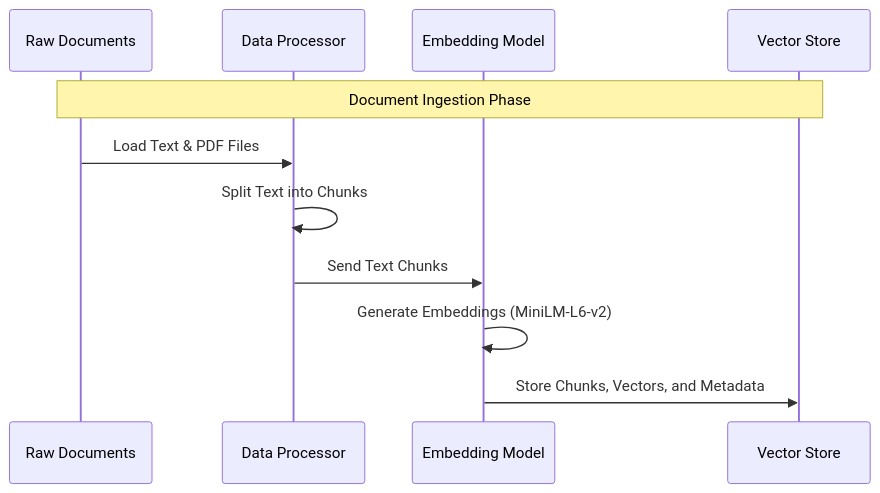
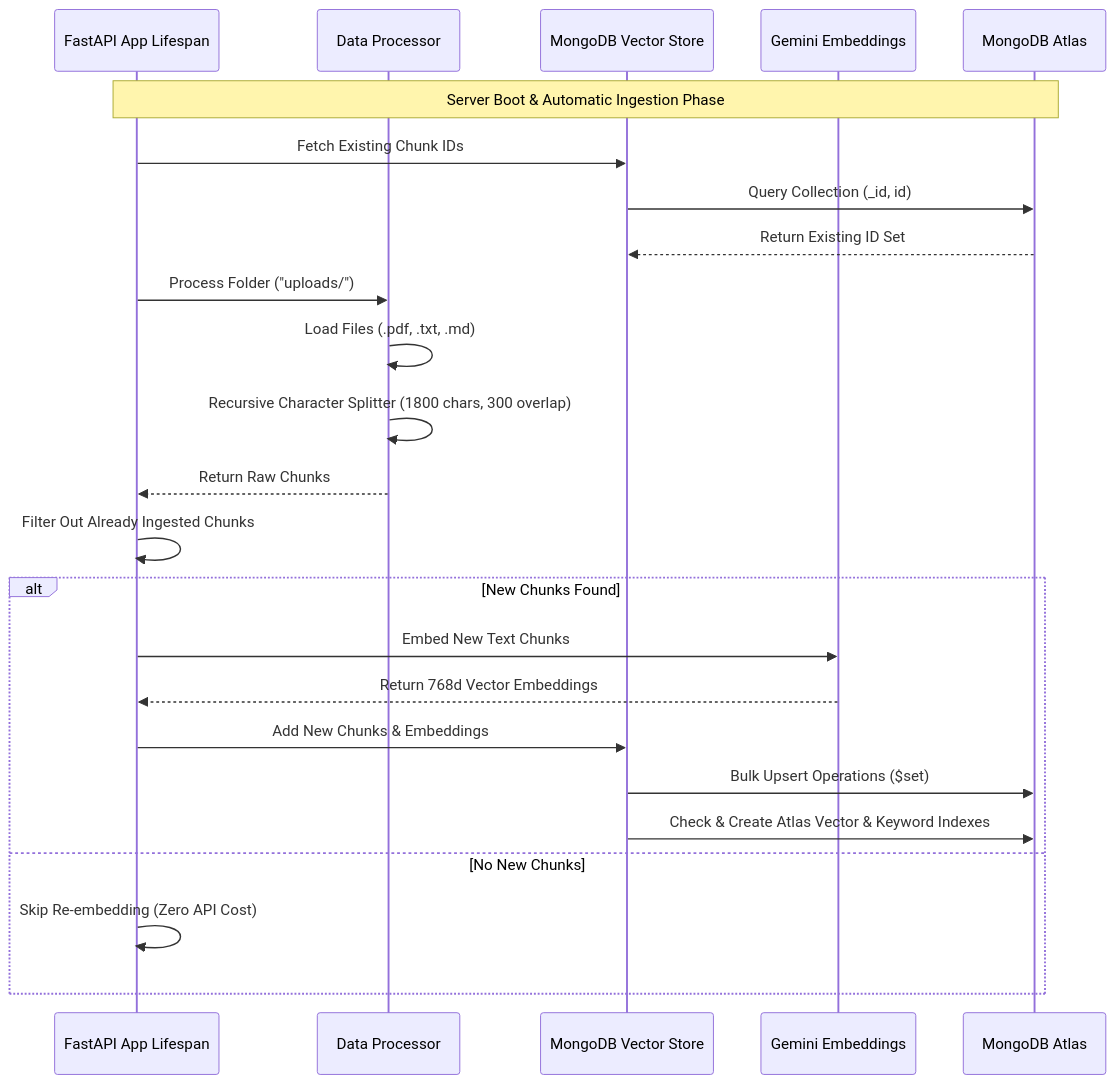
Before and after one commit to Harish1404/Naive-RAG-LangChain: the first of 2 diagrams in docs/workflow.md, drawn with Mermaid. The commit also changed other lines of this file and 3 other files, not shown here.

````diff
--- a/docs/workflow.md
+++ b/docs/workflow.md
@@ -9,14 +11,28 @@
 ```mermaid
 sequenceDiagram
-    participant Docs as Raw Documents
+    participant App as FastAPI App Lifespan
     participant DP as Data Processor
-    participant EM as Embedding Model
-    participant VS as Vector Store
+    participant VS as MongoDB Vector Store
+    participant EM as Gemini Embeddings
+    participant DB as MongoDB Atlas
+
+    Note over App,DB: Server Boot & Automatic Ingestion Phase
+    App->>VS: Fetch Existing Chunk IDs
+    VS->>DB: Query Collection (_id, id)
+    DB-->>VS: Return Existing ID Set
+    App->>DP: Process Folder ("uploads/")
+    DP->>DP: Load Files (.pdf, .txt, .md)
+    DP->>DP: Recursive Character Splitter (1800 chars, 300 overlap)
+    DP-->>App: Return Raw Chunks
+    App->>App: Filter Out Already Ingested Chunks
     
-    Note over Docs,VS: Document Ingestion Phase
-    Docs->>DP: Load Text & PDF Files
-    DP->>DP: Split Text into Chunks
-    DP->>EM: Send Text Chunks
-    EM->>EM: Generate Embeddings (MiniLM-L6-v2)
-    EM->>VS: Store Chunks, Vectors, and Metadata
+    alt New Chunks Found
+        App->>EM: Embed New Text Chunks
+        EM-->>App: Return 768d Vector Embeddings
+        App->>VS: Add New Chunks & Embeddings
+        VS->>DB: Bulk Upsert Operations ($set)
+        VS->>DB: Check & Create Atlas Vector & Keyword Indexes
+    else No New Chunks
+        App->>App: Skip Re-embedding (Zero API Cost)
+    end
 ```
````
